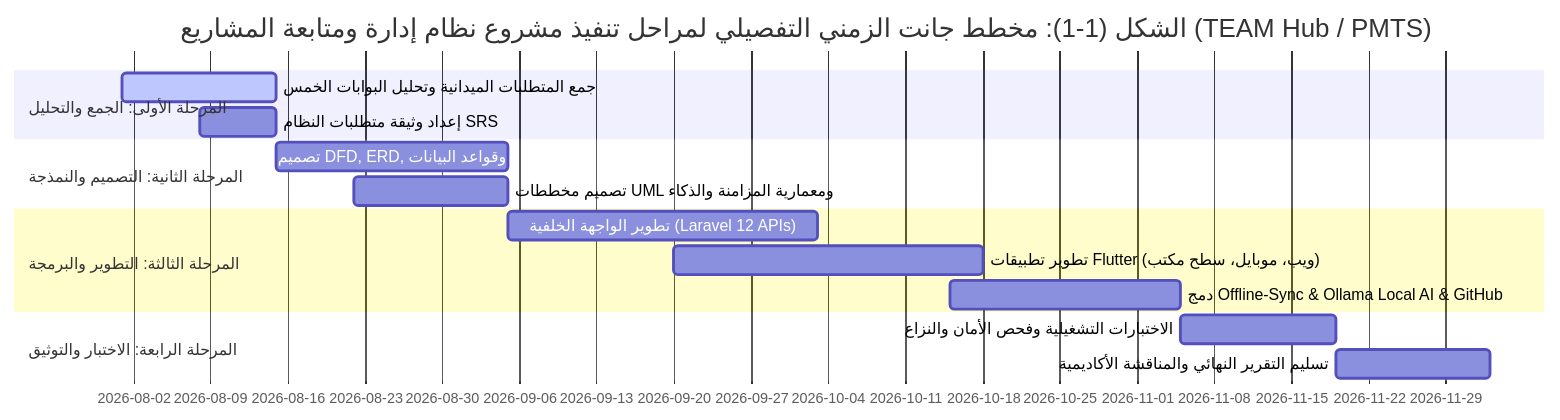
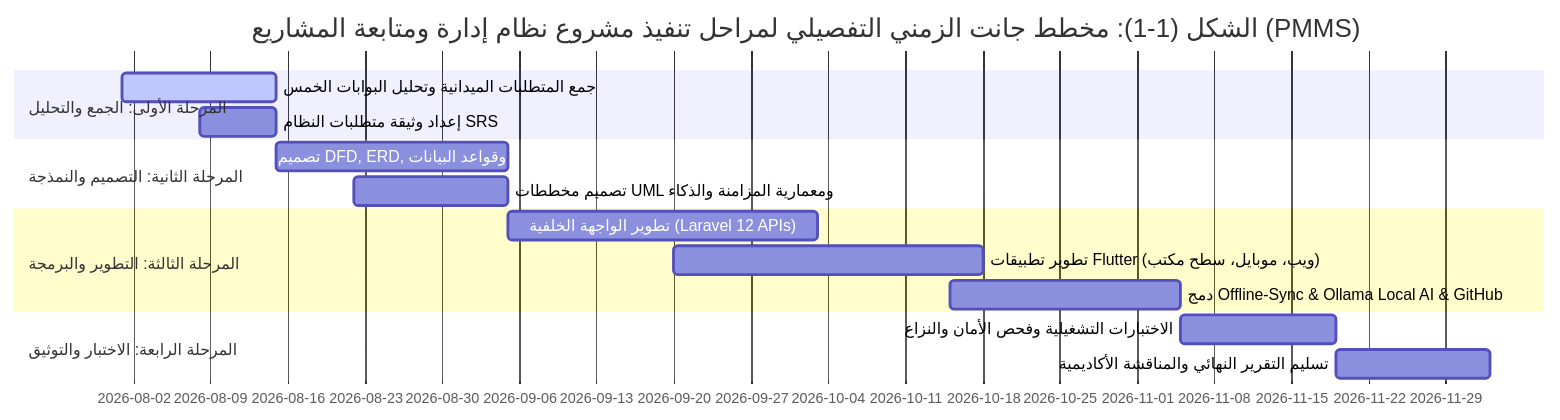
The first of 13 diagrams in 02_Project_Book_Chapters/مشروع_التخرج_المدمج_الوحدات_1_2_3.md (Essami779/PMMS), drawn with Mermaid before and after one commit. The commit also changed other lines of this file and 34 other files, not shown here.

````diff
--- a/02_Project_Book_Chapters/مشروع_التخرج_المدمج_الوحدات_1_2_3.md
+++ b/02_Project_Book_Chapters/مشروع_التخرج_المدمج_الوحدات_1_2_3.md
@@ -356,23 +356,23 @@
 ```mermaid
 gantt
-    title الشكل (1-1): مخطط جانت الزمني التفصيلي لمراحل تنفيذ مشروع نظام إدارة ومتابعة المشاريع (TEAM Hub / PMTS)
+    title الشكل (1-1): مخطط جانت الزمني التفصيلي لمراحل تنفيذ مشروع نظام إدارة ومتابعة المشاريع (PMMS)
     dateFormat  YYYY-MM-DD
     axisFormat  %Y-%m-%d
 
     section المرحلة الأولى: الجمع والتحليل
     جمع المتطلبات الميدانية وتحليل البوابات الخمس    :active, a1, 2026-08-01, 14d
     إعداد وثيقة متطلبات النظام SRS                   :a1_sub, 2026-08-08, 7d
 
     section المرحلة الثانية: التصميم والنمذجة
     تصميم DFD, ERD, وقواعد البيانات                 :a2, 2026-08-15, 21d
     تصميم مخططات UML ومعمارية المزامنة والذكاء      :a2_sub, 2026-08-22, 14d
 
     section المرحلة الثالثة: التطوير والبرمجة
     تطوير الواجهة الخلفية (Laravel 12 APIs)         :a3, 2026-09-05, 28d
     تطوير تطبيقات Flutter (ويب، موبايل، سطح مكتب)   :a4, 2026-09-20, 28d
     دمج Offline-Sync & Ollama Local AI & GitHub      :a5, 2026-10-15, 21d
 
     section المرحلة الرابعة: الاختبار والتوثيق
     الاختبارات التشغيلية وفحص الأمان والنزاع        :a6, 2026-11-05, 14d
     تسليم التقرير النهائي والمناقشة الأكاديمية      :a7, 2026-11-19, 14d
 ```
````
